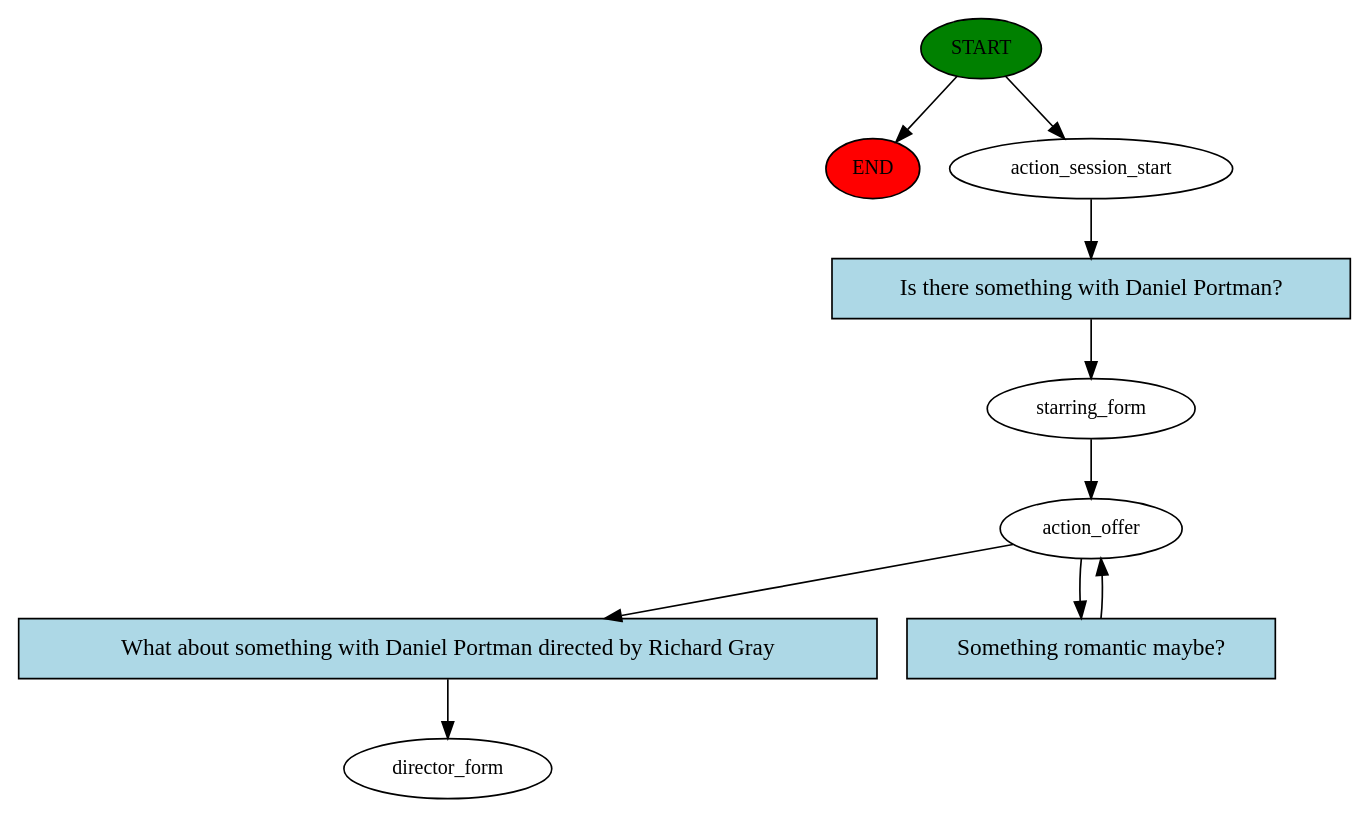
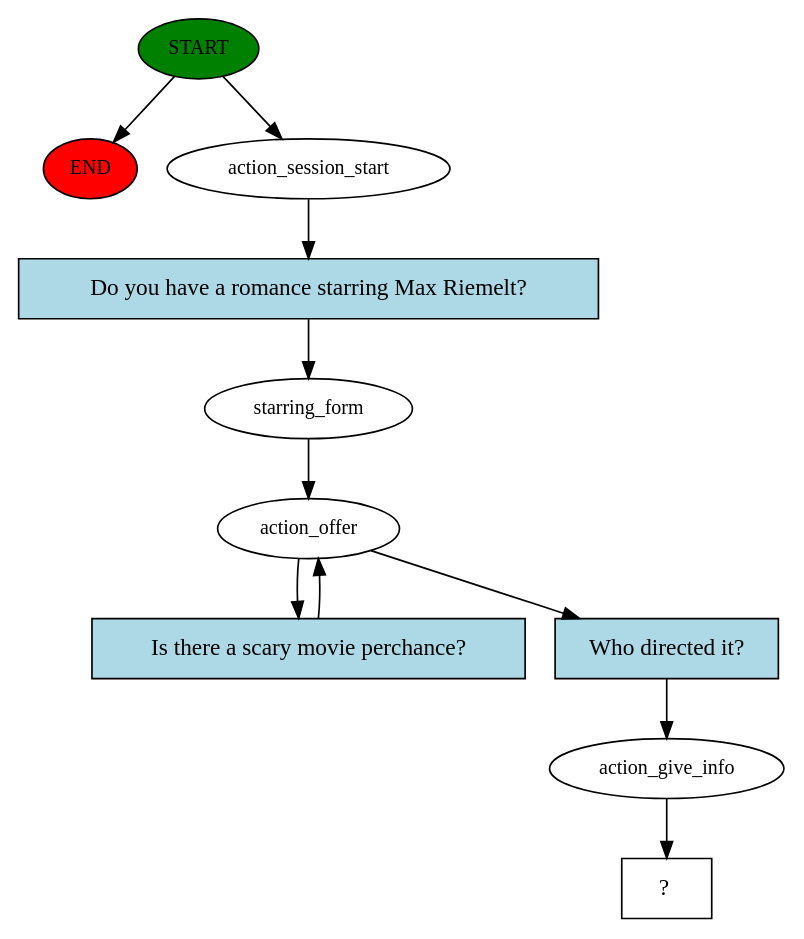
The diagram in story_graph.dot (ddrago/CIMovieRecommender), drawn with Graphviz before and after one commit. The commit also changed 6 other files, not shown here.

```diff
--- a/story_graph.dot
+++ b/story_graph.dot
@@ -1,20 +1,22 @@
 digraph  {
 0 [class="start active", fillcolor=green, fontsize=12, label=START, style=filled];
 "-1" [class=end, fillcolor=red, fontsize=12, label=END, style=filled];
 1 [class=active, fontsize=12, label=action_session_start];
 2 [class=active, fontsize=12, label=starring_form];
 3 [class=active, fontsize=12, label=action_offer];
-5 [class="dashed active", fontsize=12, label=director_form];
-6 [class="intent active", fillcolor=lightblue, label="Is there something with Daniel Portman?", shape=rect, style=filled];
-7 [class="intent active", fillcolor=lightblue, label="What about something with Daniel Portman directed by Richard Gray", shape=rect, style=filled];
-8 [class="intent active", fillcolor=lightblue, label="Something romantic maybe?", shape=rect, style=filled];
+6 [class=active, fontsize=12, label=action_give_info];
+7 [class="intent dashed active", label="  ?  ", shape=rect];
+8 [class="intent active", fillcolor=lightblue, label="Do you have a romance starring Max Riemelt?", shape=rect, style=filled];
+9 [class="intent active", fillcolor=lightblue, label="Is there a scary movie perchance?", shape=rect, style=filled];
+10 [class="intent active", fillcolor=lightblue, label="Who directed it?", shape=rect, style=filled];
 0 -> "-1"  [class="", key=NONE, label=""];
 0 -> 1  [class=active, key=NONE, label=""];
-1 -> 6  [class=active, key=0];
+1 -> 8  [class=active, key=0];
 2 -> 3  [class=active, key=NONE, label=""];
-3 -> 7  [class=active, key=0];
-3 -> 8  [class=active, key=0];
-6 -> 2  [class=active, key=0];
-7 -> 5  [class=active, key=0];
-8 -> 3  [class=active, key=0];
+3 -> 9  [class=active, key=0];
+3 -> 10  [class=active, key=0];
+6 -> 7  [class=active, key=NONE, label=""];
+8 -> 2  [class=active, key=0];
+9 -> 3  [class=active, key=0];
+10 -> 6  [class=active, key=0];
 }
```
